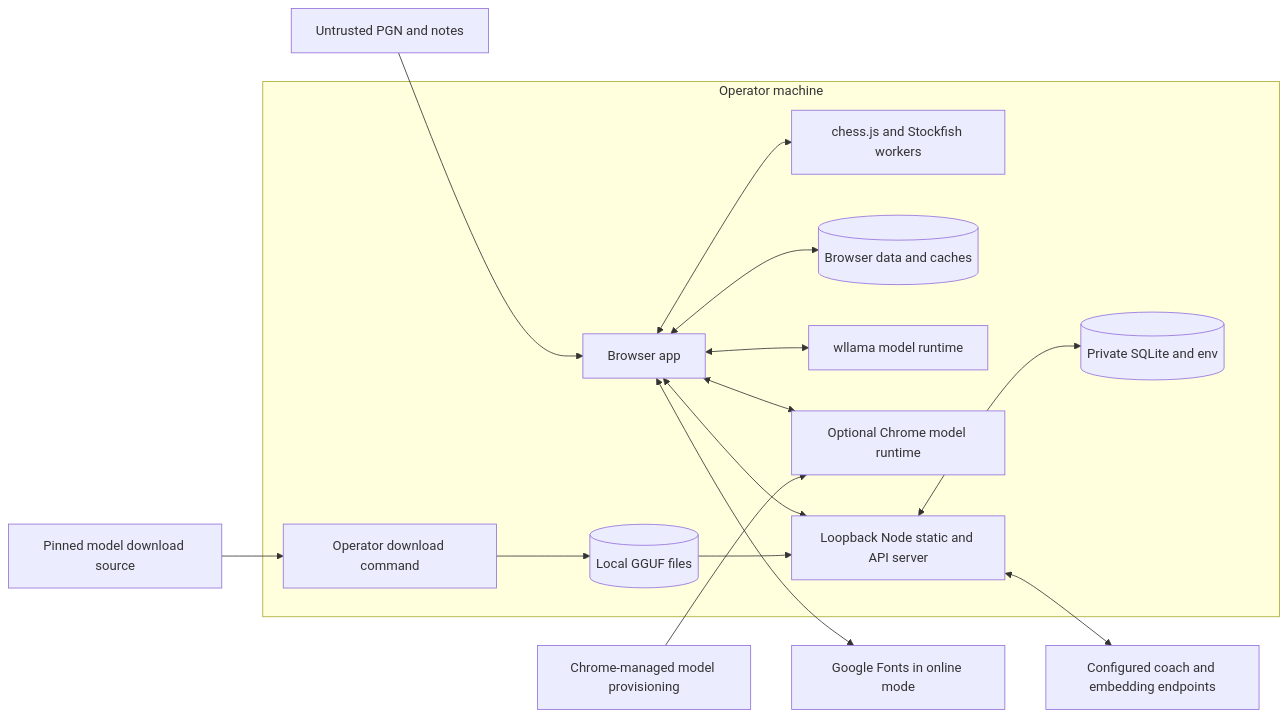
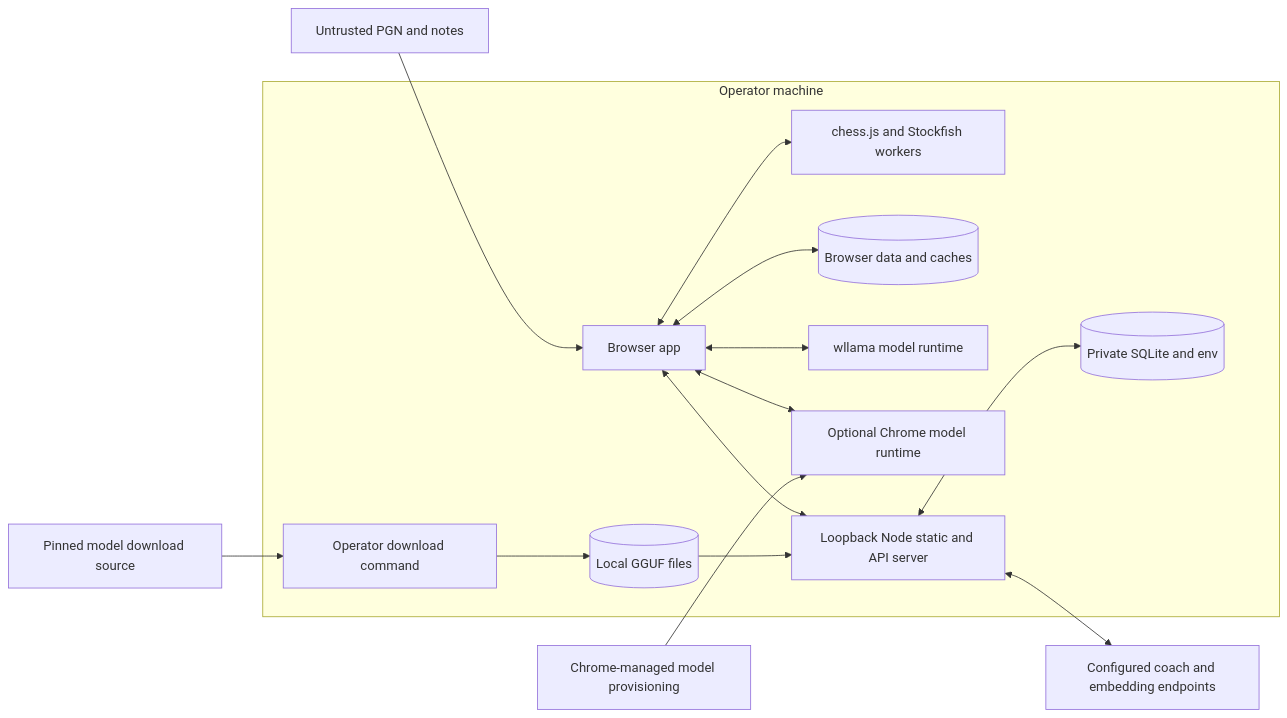
Before and after one commit to gregoryyy/kibitz: the diagram in docs/THREAT-MODEL.md, drawn with Mermaid. The commit also changed 34 other files, not shown here.

````diff
--- a/docs/THREAT-MODEL.md
+++ b/docs/THREAT-MODEL.md
@@ -15,27 +15,26 @@
 ```mermaid
 flowchart LR
   Import[Untrusted PGN and notes] --> Browser
   subgraph Local[Operator machine]
     Browser[Browser app]
     Rules[chess.js and Stockfish workers]
     ClientData[(Browser data and caches)]
     Runtime[wllama model runtime]
     Native[Optional Chrome model runtime]
     Node[Loopback Node static and API server]
     Private[(Private SQLite and env)]
     Weights[(Local GGUF files)]
     Download[Operator download command]
     Browser <--> Rules
     Browser <--> ClientData
     Browser <--> Runtime
     Browser <--> Native
     Browser <--> Node
     Node <--> Private
     Weights --> Node
     Download --> Weights
   end
   Node <--> Providers[Configured coach and embedding endpoints]
   Upstream[Pinned model download source] --> Download
   ChromeModels[Chrome-managed model provisioning] --> Native
-  Browser <--> Fonts[Google Fonts in online mode]
 ```
````
